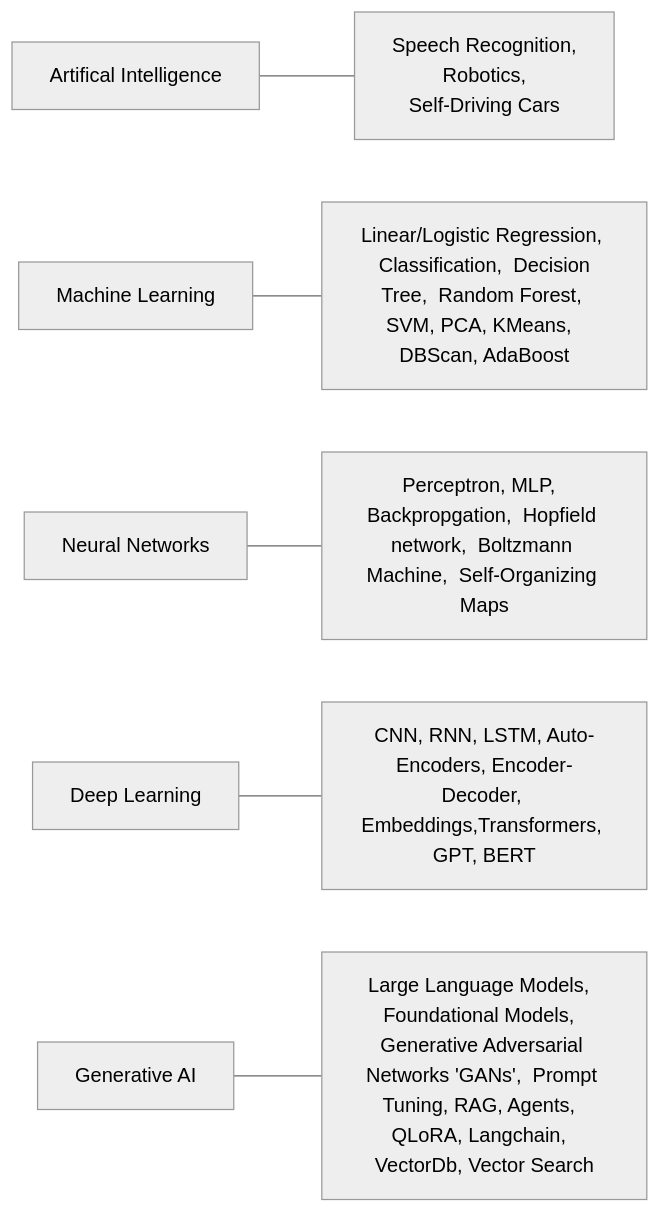
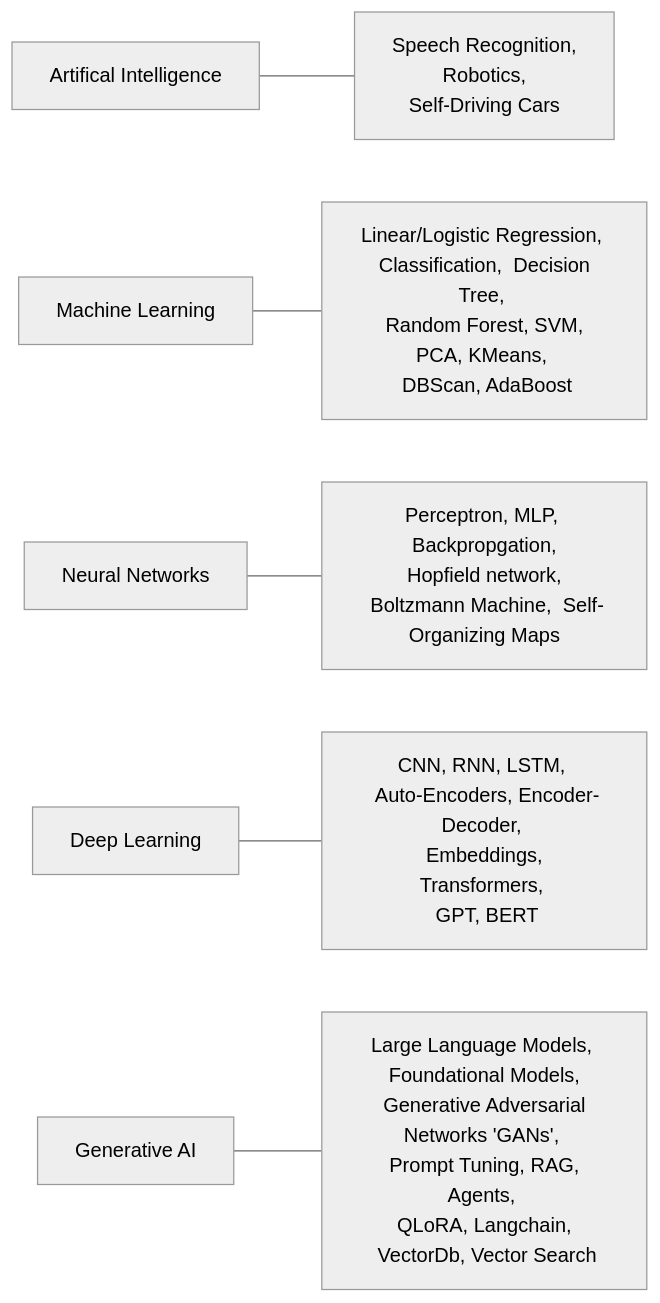
One commit to Peak-Worth/mlrun.in changed the diagram in docs/source/ML.md. Above: the diagram before and after it, drawn with Mermaid.

````diff
--- a/docs/source/ML.md
+++ b/docs/source/ML.md
@@ -5,10 +5,10 @@
 ```{mermaid}
 %%{init: {'theme': 'neutral'}}%%
 
 flowchart LR
     A["Artifical Intelligence"] --- a1["Speech Recognition, <br> Robotics, <br> Self-Driving Cars"]
-    B["Machine Learning"] --- b1["Linear/Logistic Regression, <br> Classification,  Decision Tree,  Random Forest, SVM, PCA, KMeans,  DBScan, AdaBoost"]
-    C["Neural Networks"] --- c1["Perceptron, MLP,  Backpropgation,  Hopfield network,  Boltzmann Machine,  Self-Organizing Maps"]
-    D["Deep Learning"] --- d1["CNN, RNN, LSTM, Auto-Encoders, Encoder-Decoder, Embeddings,Transformers, GPT, BERT"]
-    E["Generative AI"] --- e1["Large Language Models,  Foundational Models,  Generative Adversarial Networks 'GANs',  Prompt Tuning, RAG, Agents,  QLoRA, Langchain,  VectorDb, Vector Search"]
+    B["Machine Learning"] --- b1["Linear/Logistic Regression, <br> Classification,  Decision Tree, <br> Random Forest, SVM, <br> PCA, KMeans,  <br> DBScan, AdaBoost"]
+    C["Neural Networks"] --- c1["Perceptron, MLP, <br> Backpropgation, <br> Hopfield network, <br> Boltzmann Machine,  Self-Organizing Maps"]
+    D["Deep Learning"] --- d1["CNN, RNN, LSTM, <br> Auto-Encoders, Encoder-Decoder, <br> Embeddings, Transformers, <br> GPT, BERT"]
+    E["Generative AI"] --- e1["Large Language Models, <br> Foundational Models, <br> Generative Adversarial Networks 'GANs', <br> Prompt Tuning, RAG, Agents, <br> QLoRA, Langchain, <br> VectorDb, Vector Search"]
 ```
````
